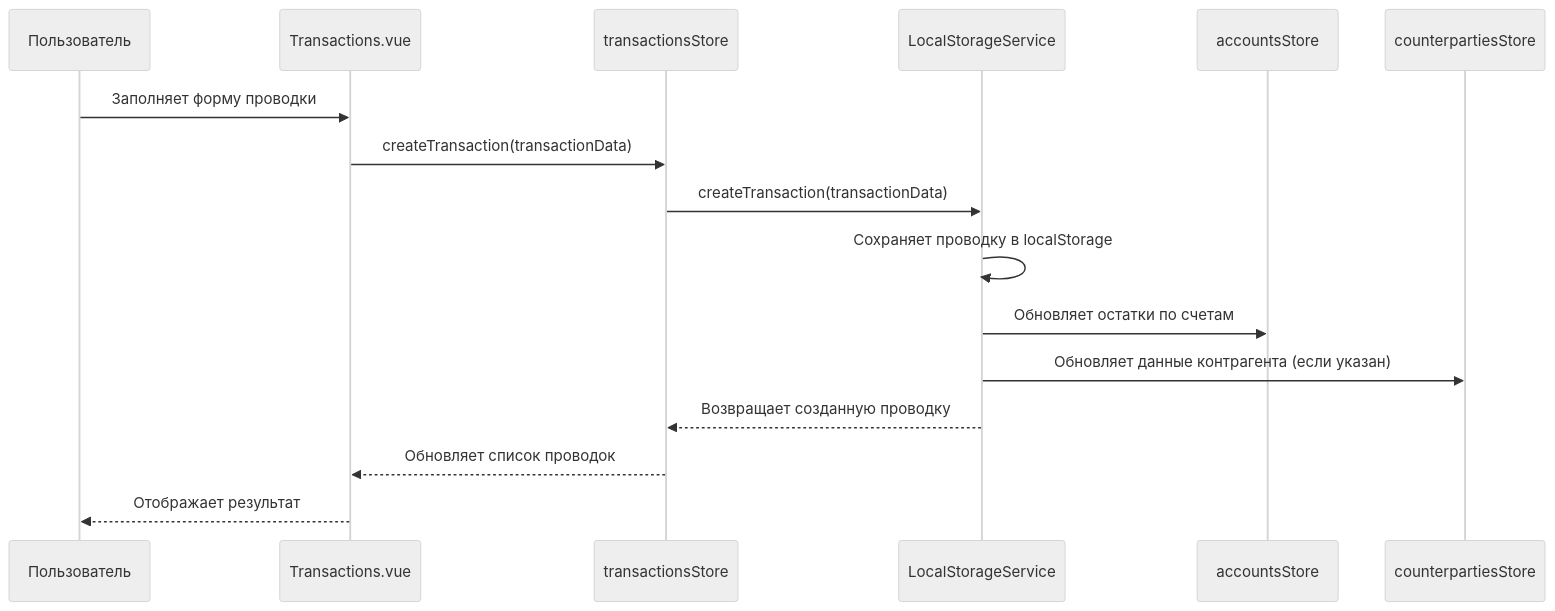
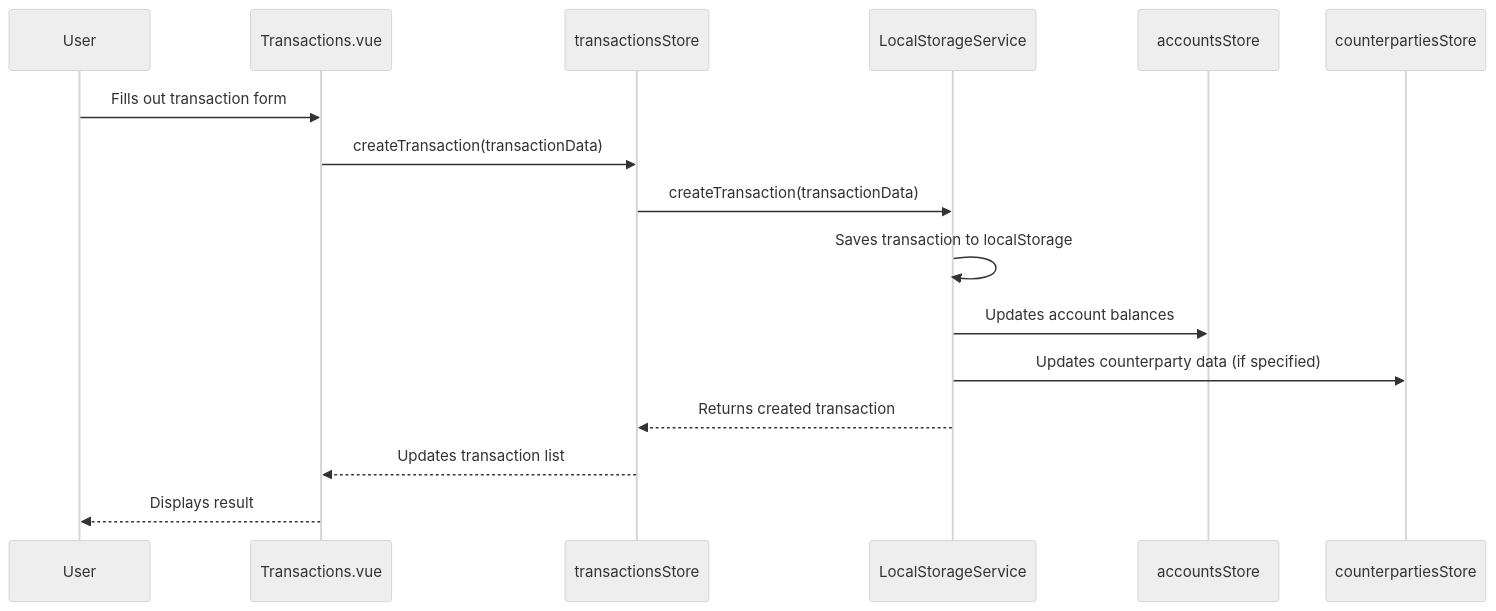
One commit to Stiff-uc/accountant-assistant changed the second of 4 diagrams in ARCHITECTURE_DIAGRAM.md. Above: the diagram before and after it, drawn with Mermaid (neutral theme). The commit also changed other lines of this file, not shown here.

````diff
--- a/ARCHITECTURE_DIAGRAM.md
+++ b/ARCHITECTURE_DIAGRAM.md
@@ -74,19 +74,19 @@
 ```mermaid
 sequenceDiagram
-    participant U as Пользователь
+    participant U as User
     participant C as Transactions.vue
     participant S as transactionsStore
     participant DS as LocalStorageService
     participant AS as accountsStore
     participant CS as counterpartiesStore
     
-    U->>C: Заполняет форму проводки
+    U->>C: Fills out transaction form
     C->>S: createTransaction(transactionData)
     S->>DS: createTransaction(transactionData)
-    DS->>DS: Сохраняет проводку в localStorage
-    DS->>AS: Обновляет остатки по счетам
-    DS->>CS: Обновляет данные контрагента (если указан)
-    DS-->>S: Возвращает созданную проводку
-    S-->>C: Обновляет список проводок
-    C-->>U: Отображает результат
+    DS->>DS: Saves transaction to localStorage
+    DS->>AS: Updates account balances
+    DS->>CS: Updates counterparty data (if specified)
+    DS-->>S: Returns created transaction
+    S-->>C: Updates transaction list
+    C-->>U: Displays result
 ```
````
